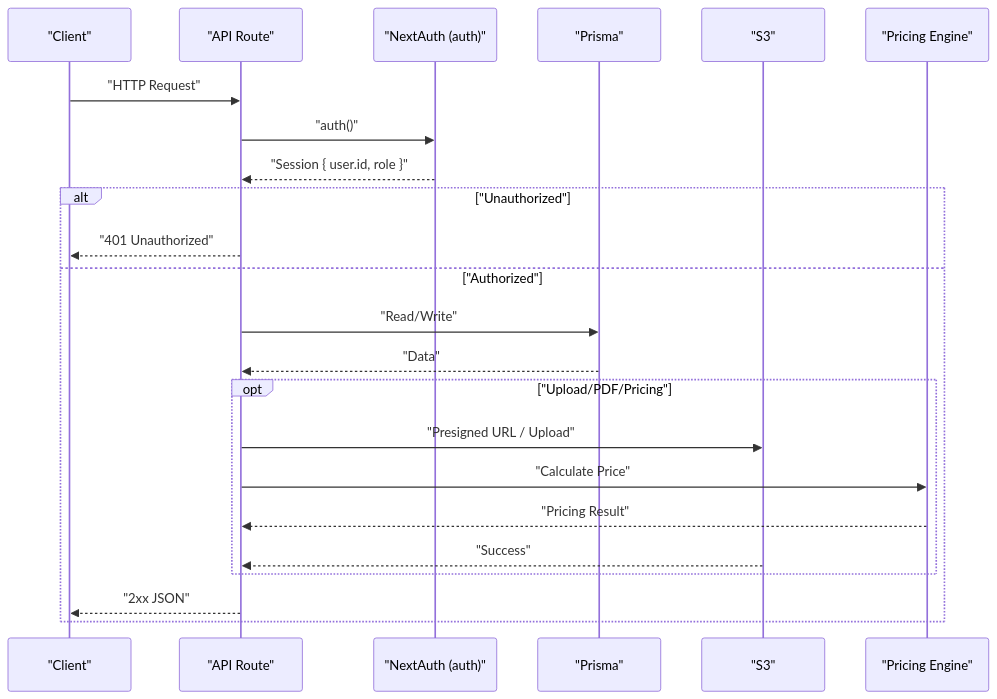
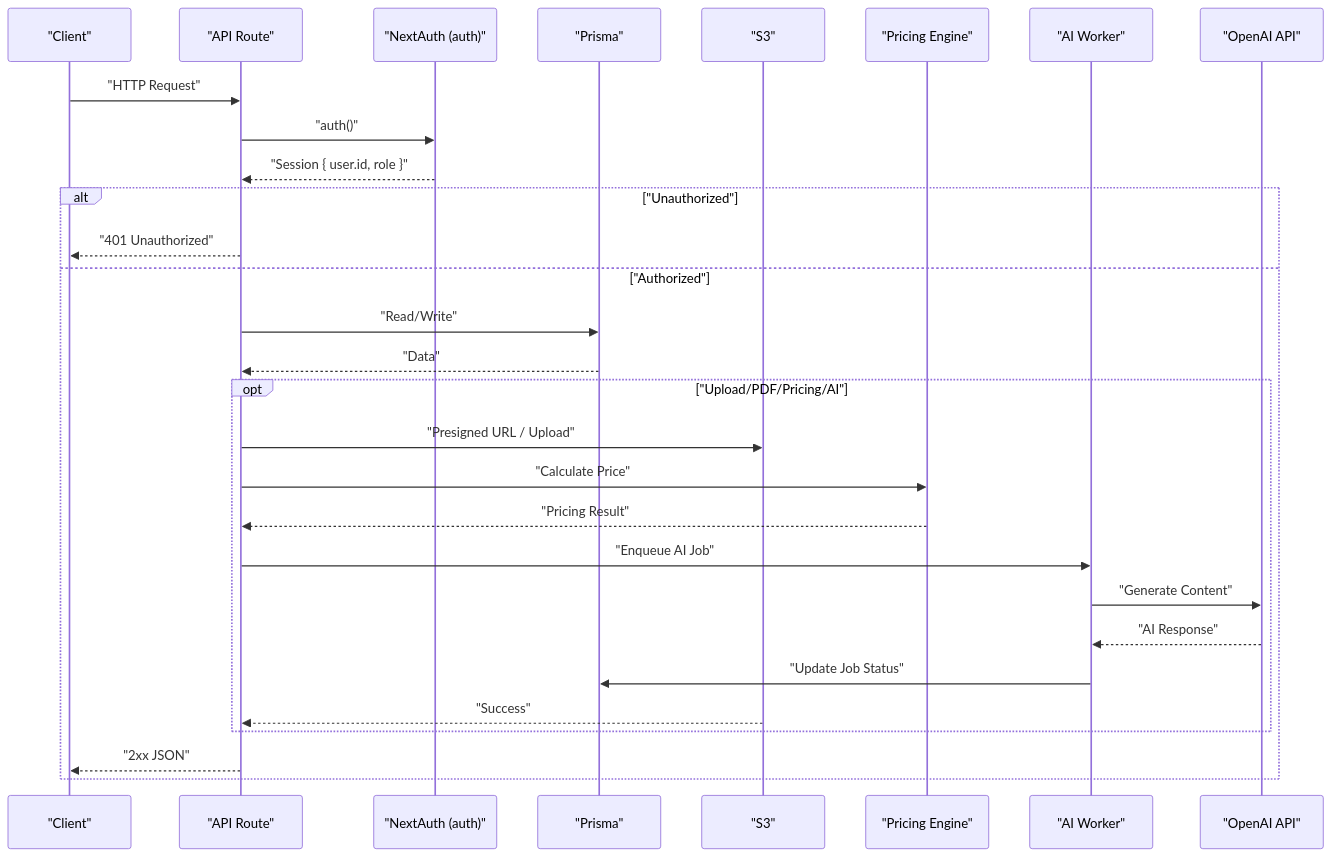
The second of 6 diagrams in .qoder/repowiki/en/content/API Reference/API Reference.md (Crowdspender/titchybooks-app), drawn with Mermaid before and after one commit. The commit also changed other lines of this file and 4 other files, not shown here.

````diff
--- a/.qoder/repowiki/en/content/API Reference/API Reference.md
+++ b/.qoder/repowiki/en/content/API Reference/API Reference.md
@@ -213,25 +245,31 @@
 ```mermaid
 sequenceDiagram
 participant Client as "Client"
 participant Route as "API Route"
 participant Auth as "NextAuth (auth)"
 participant DB as "Prisma"
 participant S3 as "S3"
 participant Pricing as "Pricing Engine"
+participant AIWorker as "AI Worker"
+participant OpenAI as "OpenAI API"
 Client->>Route : "HTTP Request"
 Route->>Auth : "auth()"
 Auth-->>Route : "Session { user.id, role }"
 alt "Unauthorized"
 Route-->>Client : "401 Unauthorized"
 else "Authorized"
 Route->>DB : "Read/Write"
 DB-->>Route : "Data"
-opt "Upload/PDF/Pricing"
+opt "Upload/PDF/Pricing/AI"
 Route->>S3 : "Presigned URL / Upload"
 Route->>Pricing : "Calculate Price"
 Pricing-->>Route : "Pricing Result"
+Route->>AIWorker : "Enqueue AI Job"
+AIWorker->>OpenAI : "Generate Content"
+OpenAI-->>AIWorker : "AI Response"
+AIWorker->>DB : "Update Job Status"
 S3-->>Route : "Success"
 end
 Route-->>Client : "2xx JSON"
 end
 ```
````
